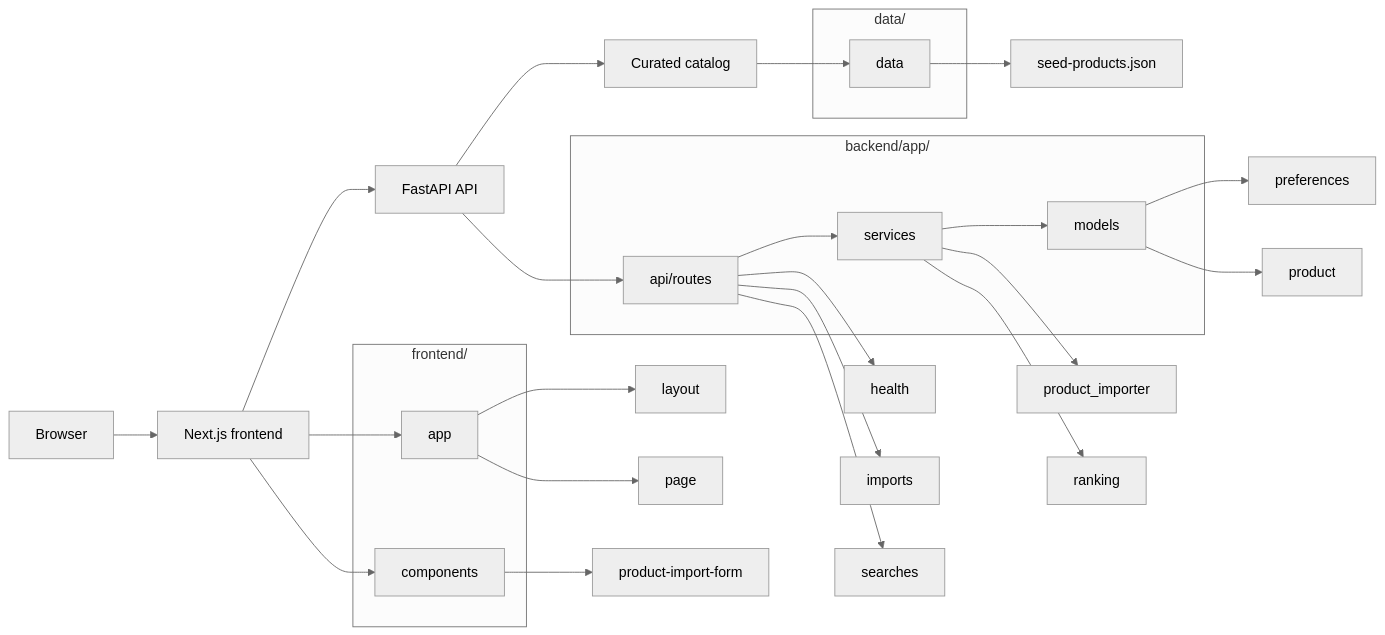
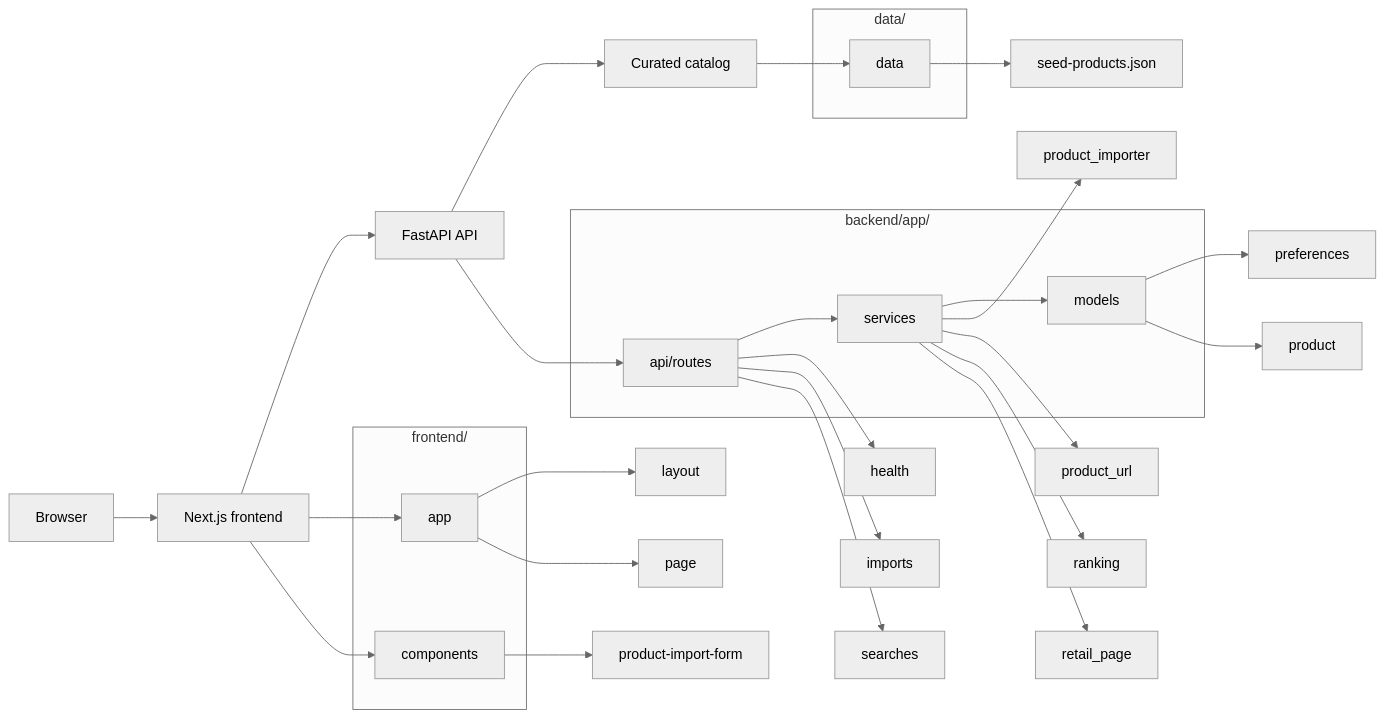
The diagram in docs/architecture.mmd (sofia-m12/modamix), drawn with Mermaid (neutral theme) before and after one commit.

Commit message:
docs: update architecture diagram

```diff
--- a/docs/architecture.mmd
+++ b/docs/architecture.mmd
@@ -1,49 +1,53 @@
 %% This file is generated by scripts/generate_architecture_diagram.py.
 %% Do not edit it by hand; change the repository structure and regenerate.
 flowchart LR
     Browser["Browser"] --> Frontend["Next.js frontend"]
     Frontend --> API["FastAPI API"]
     API --> Catalog["Curated catalog"]
 
     subgraph FrontendFiles[frontend/]
         FrontendApp["app"]
         FrontendComponents["components"]
     end
     Frontend --> FrontendApp
     Frontend --> FrontendComponents
     frontend_app_layout["layout"]
     FrontendApp --> frontend_app_layout
     frontend_app_page["page"]
     FrontendApp --> frontend_app_page
     frontend_component_product_import_form["product-import-form"]
     FrontendComponents --> frontend_component_product_import_form
 
     subgraph BackendFiles[backend/app/]
         Routes["api/routes"]
         Services["services"]
         Models["models"]
     end
     API --> Routes
     Routes --> Services
     Services --> Models
     route_health["health"]
     Routes --> route_health
     route_imports["imports"]
     Routes --> route_imports
     route_searches["searches"]
     Routes --> route_searches
     service_product_importer["product_importer"]
     Services --> service_product_importer
+    service_product_url["product_url"]
+    Services --> service_product_url
     service_ranking["ranking"]
     Services --> service_ranking
+    service_retail_page["retail_page"]
+    Services --> service_retail_page
     model_preferences["preferences"]
     Models --> model_preferences
     model_product["product"]
     Models --> model_product
 
     subgraph CatalogFiles[data/]
         CatalogData["data"]
     end
     Catalog --> CatalogData
     catalog_seed_products_json["seed-products.json"]
     CatalogData --> catalog_seed_products_json
```
